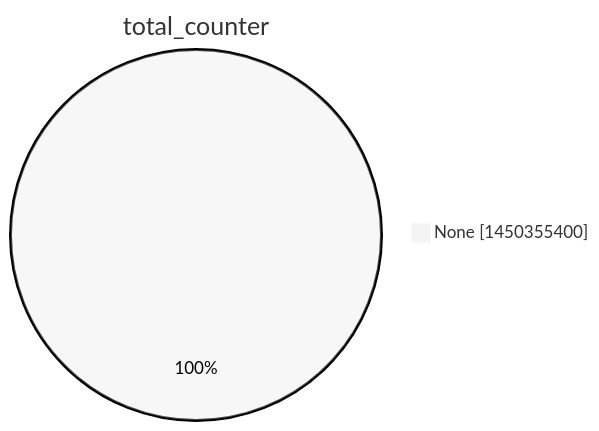
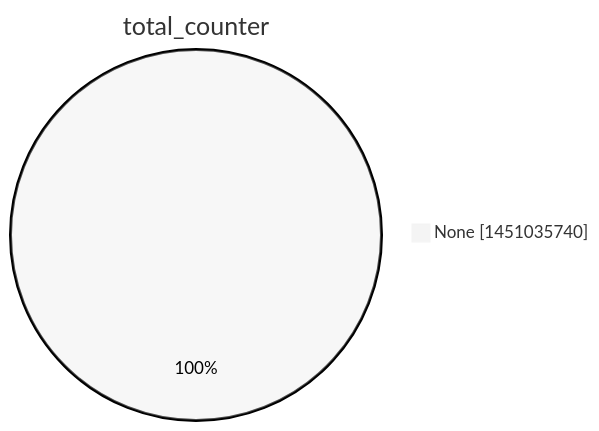
Before and after one commit to christiankrug/ctmonitor_visualization: the second of 15 diagrams in argon2022/README.md, drawn with Mermaid (neutral theme). The commit also changed other lines of this file, not shown here.

````diff
--- a/argon2022/README.md
+++ b/argon2022/README.md
@@ -9,5 +9,5 @@
 ```mermaid
 pie showData
 title total_counter
-"None" :1450355400
+"None" :1451035740
 ```
````
